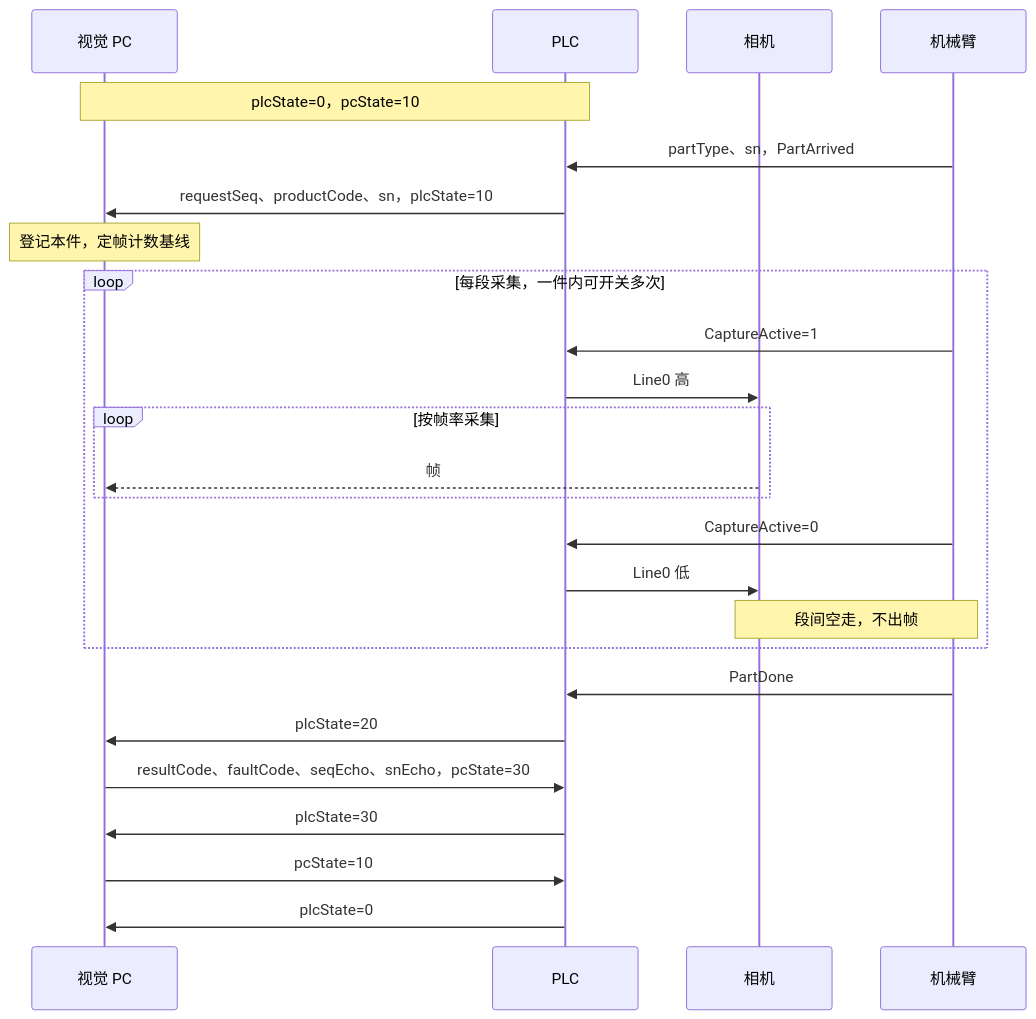
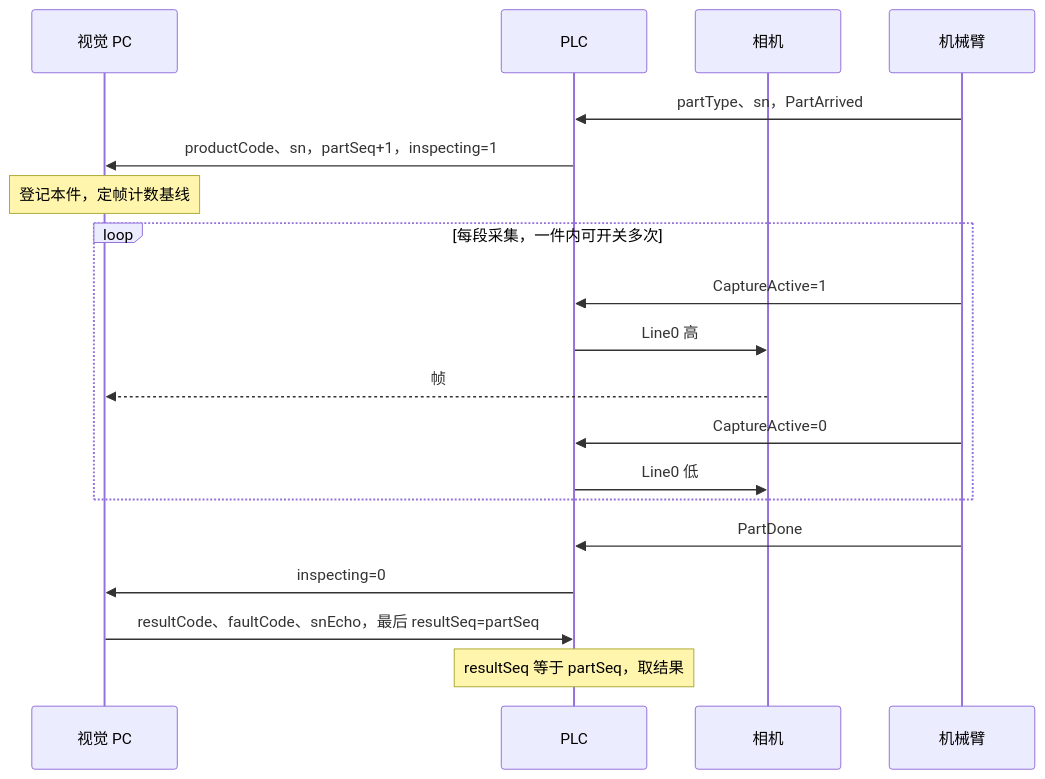
The diagram in docs/integration/plc-communication-protocol.md (liangyuR/ly-gluesight), drawn with Mermaid before and after one commit. The commit also changed other lines of this file and 82 other files, not shown here.

````diff
--- a/docs/integration/plc-communication-protocol.md
+++ b/docs/integration/plc-communication-protocol.md
@@ -100,28 +61,22 @@
 ```mermaid
 sequenceDiagram
     participant PC as 视觉 PC
     participant PLC as PLC
     participant CAM as 相机
     participant ROB as 机械臂
 
-    Note over PC,PLC: plcState=0，pcState=10
     ROB->>PLC: partType、sn，PartArrived
-    PLC->>PC: requestSeq、productCode、sn，plcState=10
+    PLC->>PC: productCode、sn，partSeq+1，inspecting=1
     Note over PC: 登记本件，定帧计数基线
     loop 每段采集，一件内可开关多次
         ROB->>PLC: CaptureActive=1
         PLC->>CAM: Line0 高
-        loop 按帧率采集
-            CAM-->>PC: 帧
-        end
+        CAM-->>PC: 帧
         ROB->>PLC: CaptureActive=0
         PLC->>CAM: Line0 低
-        Note over CAM,ROB: 段间空走，不出帧
     end
     ROB->>PLC: PartDone
-    PLC->>PC: plcState=20
-    PC->>PLC: resultCode、faultCode、seqEcho、snEcho，pcState=30
-    PLC->>PC: plcState=30
-    PC->>PLC: pcState=10
-    PLC->>PC: plcState=0
+    PLC->>PC: inspecting=0
+    PC->>PLC: resultCode、faultCode、snEcho，最后 resultSeq=partSeq
+    Note over PLC: resultSeq 等于 partSeq，取结果
 ```
````
